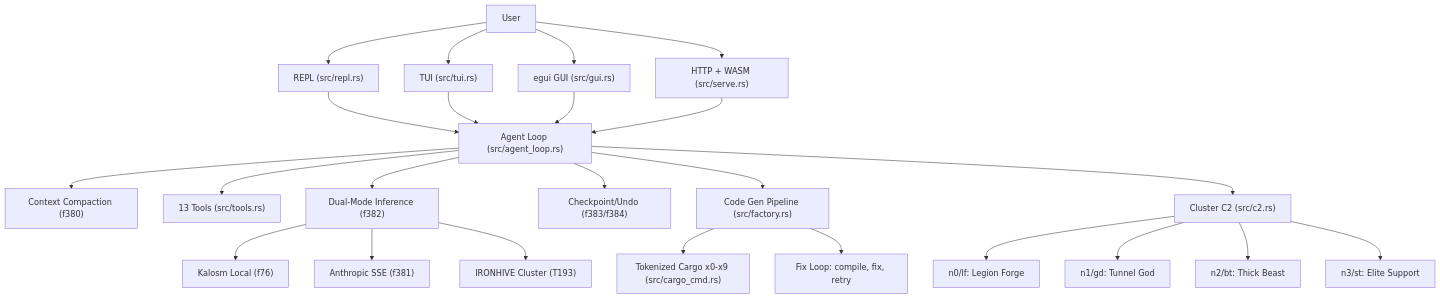
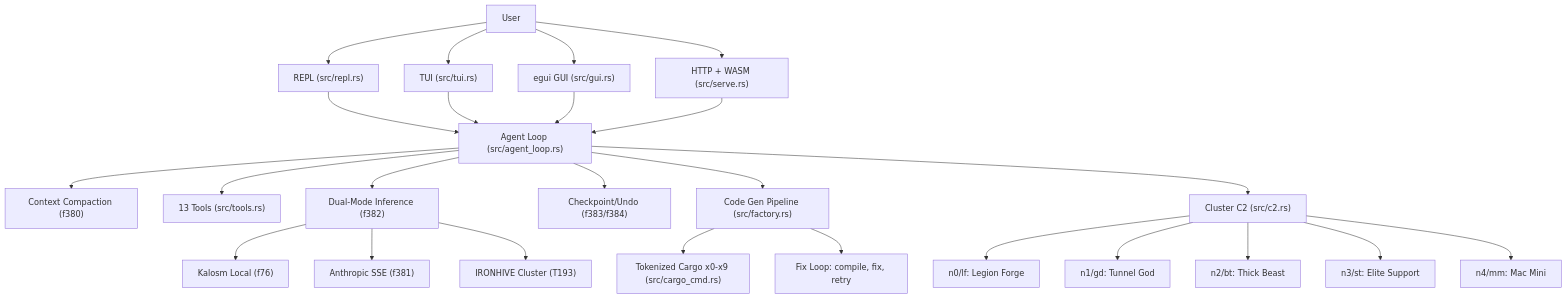
The diagram in PROOF_OF_ARTIFACTS.md (cochranblock/kova), drawn with Mermaid before and after one commit. The commit also changed other lines of this file and 9 other files, not shown here.

First line of the commit message:
c2: wire n4/mm Mac Mini + pre-push test gate

````diff
--- a/PROOF_OF_ARTIFACTS.md
+++ b/PROOF_OF_ARTIFACTS.md
@@ -11,26 +11,27 @@
 ```mermaid
 flowchart TD
     User[User] --> REPL["REPL (src/repl.rs)"]
     User --> TUI["TUI (src/tui.rs)"]
     User --> GUI["egui GUI (src/gui.rs)"]
     User --> HTTP["HTTP + WASM (src/serve.rs)"]
     REPL --> AgentLoop["Agent Loop (src/agent_loop.rs)"]
     TUI --> AgentLoop
     GUI --> AgentLoop
     HTTP --> AgentLoop
     AgentLoop --> ContextMgr["Context Compaction (f380)"]
     AgentLoop --> Tools["13 Tools (src/tools.rs)"]
     AgentLoop --> Inference["Dual-Mode Inference (f382)"]
     Inference --> Kalosm["Kalosm Local (f76)"]
     Inference --> AnthropicSSE["Anthropic SSE (f381)"]
     Inference --> Cluster["IRONHIVE Cluster (T193)"]
     AgentLoop --> Checkpoint["Checkpoint/Undo (f383/f384)"]
     AgentLoop --> Pipeline["Code Gen Pipeline (src/factory.rs)"]
     Pipeline --> CargoCmd["Tokenized Cargo x0-x9 (src/cargo_cmd.rs)"]
     Pipeline --> FixLoop["Fix Loop: compile, fix, retry"]
     AgentLoop --> C2["Cluster C2 (src/c2.rs)"]
     C2 --> n0["n0/lf: Legion Forge"]
     C2 --> n1["n1/gd: Tunnel God"]
     C2 --> n2["n2/bt: Thick Beast"]
     C2 --> n3["n3/st: Elite Support"]
+    C2 --> n4["n4/mm: Mac Mini"]
 ```
````
